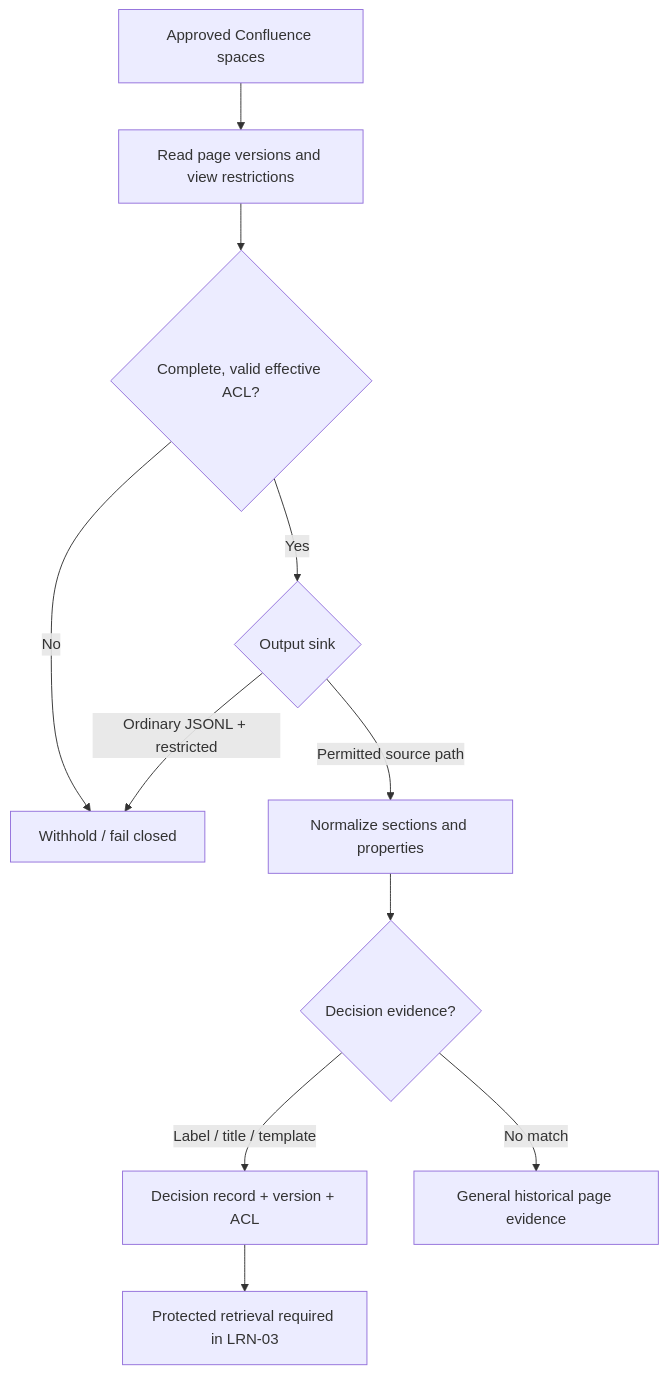
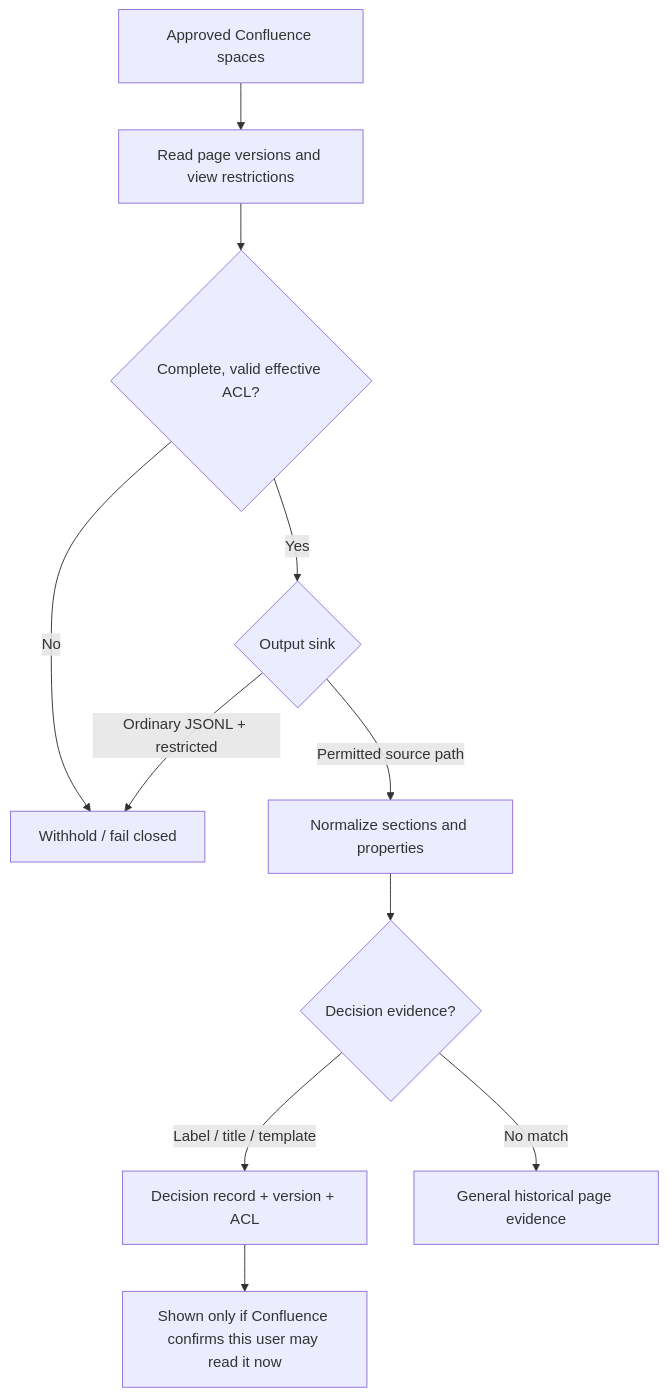
Before and after one commit to sandeshshinde284-bit/visionIQ: the first of 4 diagrams in docs/features/LRN-02-confluence/05-Illustrated-Walkthrough.md, drawn with Mermaid. The commit also changed other lines of this file, not shown here.

Commit message:
docs(LRN-02): integrate reviewed Confluence ACL and acceptance notes

````diff
--- a/docs/features/LRN-02-confluence/05-Illustrated-Walkthrough.md
+++ b/docs/features/LRN-02-confluence/05-Illustrated-Walkthrough.md
@@ -13,13 +13,13 @@
 ```mermaid
 flowchart TD
   A["Approved Confluence spaces"] --> B["Read page versions and view restrictions"]
   B --> C{"Complete, valid effective ACL?"}
   C -->|No| X["Withhold / fail closed"]
   C -->|Yes| D{"Output sink"}
   D -->|Ordinary JSONL + restricted| X
   D -->|Permitted source path| E["Normalize sections and properties"]
   E --> F{"Decision evidence?"}
   F -->|Label / title / template| G["Decision record + version + ACL"]
   F -->|No match| H["General historical page evidence"]
-  G --> I["Protected retrieval required in LRN-03"]
+  G --> I["Shown only if Confluence confirms this user may read it now"]
 ```
````
